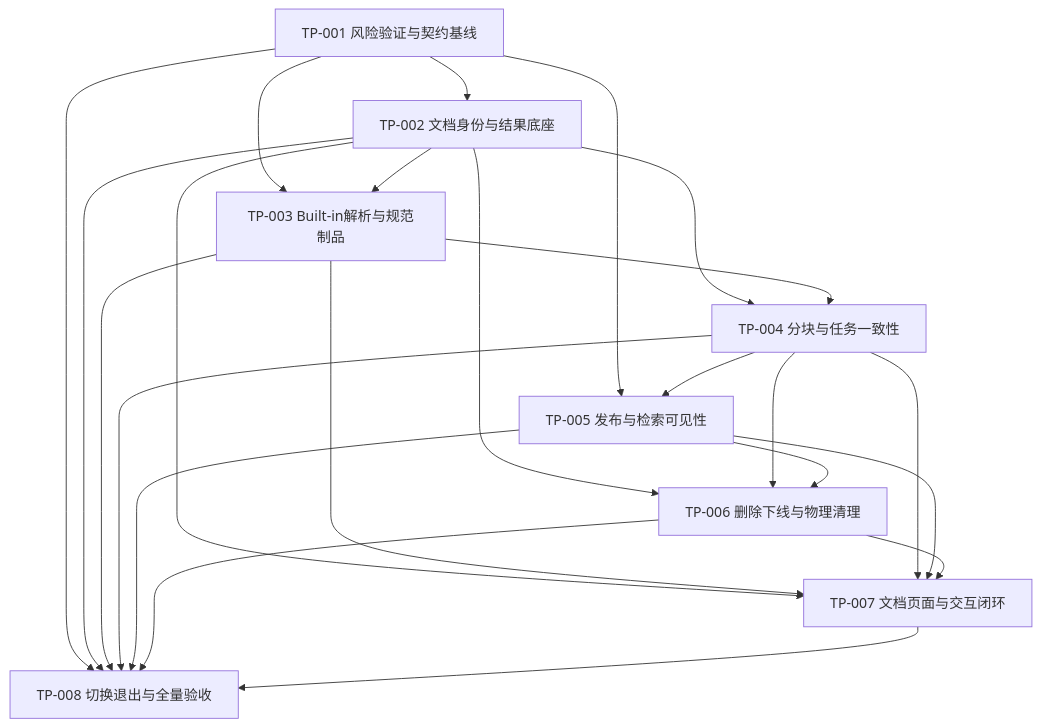
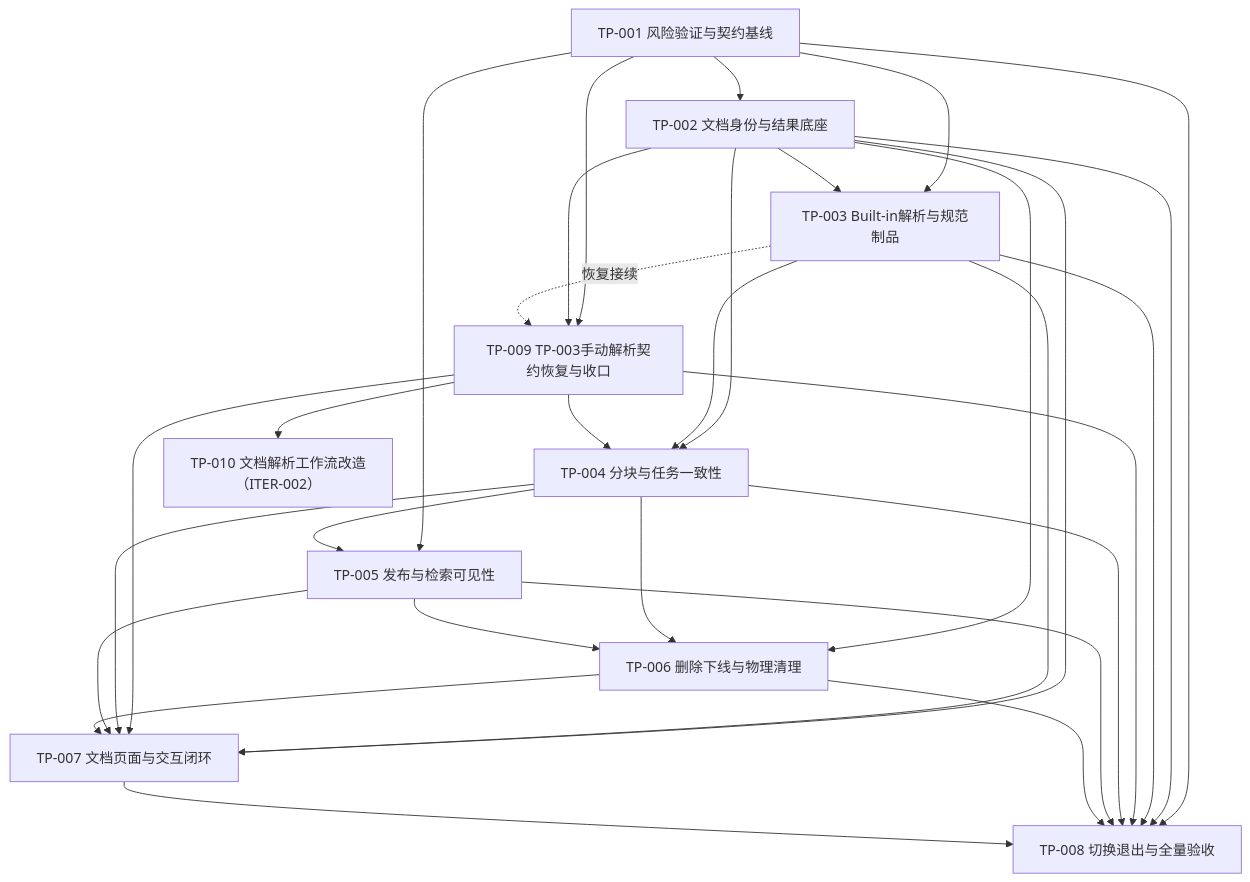
One commit to nauyiq/fons4ai-rag2okf changed the diagram in spec/features/20260817/document-processing-refactor/文档处理流水线重构-任务索引.md. Above: the diagram before and after it, drawn with Mermaid. The commit also changed other lines of this file and 307 other files, not shown here.

````diff
--- a/spec/features/20260817/document-processing-refactor/文档处理流水线重构-任务索引.md
+++ b/spec/features/20260817/document-processing-refactor/文档处理流水线重构-任务索引.md
@@ -38,34 +43,43 @@
 ```mermaid
 graph TD
     TP001["TP-001 风险验证与契约基线"]
     TP002["TP-002 文档身份与结果底座"]
     TP003["TP-003 Built-in解析与规范制品"]
     TP004["TP-004 分块与任务一致性"]
     TP005["TP-005 发布与检索可见性"]
     TP006["TP-006 删除下线与物理清理"]
     TP007["TP-007 文档页面与交互闭环"]
     TP008["TP-008 切换退出与全量验收"]
+    TP009["TP-009 TP-003手动解析契约恢复与收口"]
+    TP010["TP-010 文档解析工作流改造（ITER-002）"]
 
     TP001 --> TP002
     TP001 --> TP003
     TP002 --> TP003
+    TP001 --> TP009
+    TP002 --> TP009
+    TP003 -.恢复接续.-> TP009
+    TP009 --> TP010
     TP002 --> TP004
     TP003 --> TP004
+    TP009 --> TP004
     TP001 --> TP005
     TP004 --> TP005
     TP002 --> TP006
     TP004 --> TP006
     TP005 --> TP006
     TP002 --> TP007
     TP003 --> TP007
+    TP009 --> TP007
     TP004 --> TP007
     TP005 --> TP007
     TP006 --> TP007
     TP001 --> TP008
     TP002 --> TP008
     TP003 --> TP008
+    TP009 --> TP008
     TP004 --> TP008
     TP005 --> TP008
     TP006 --> TP008
     TP007 --> TP008
 ```
````
